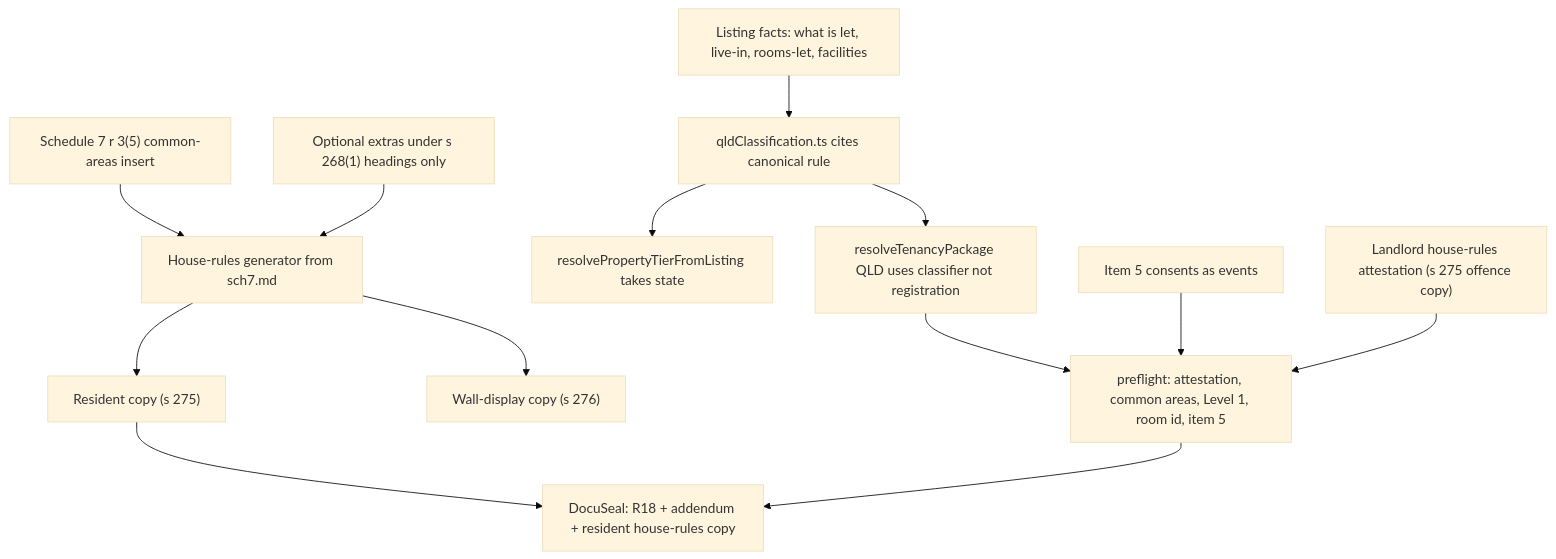
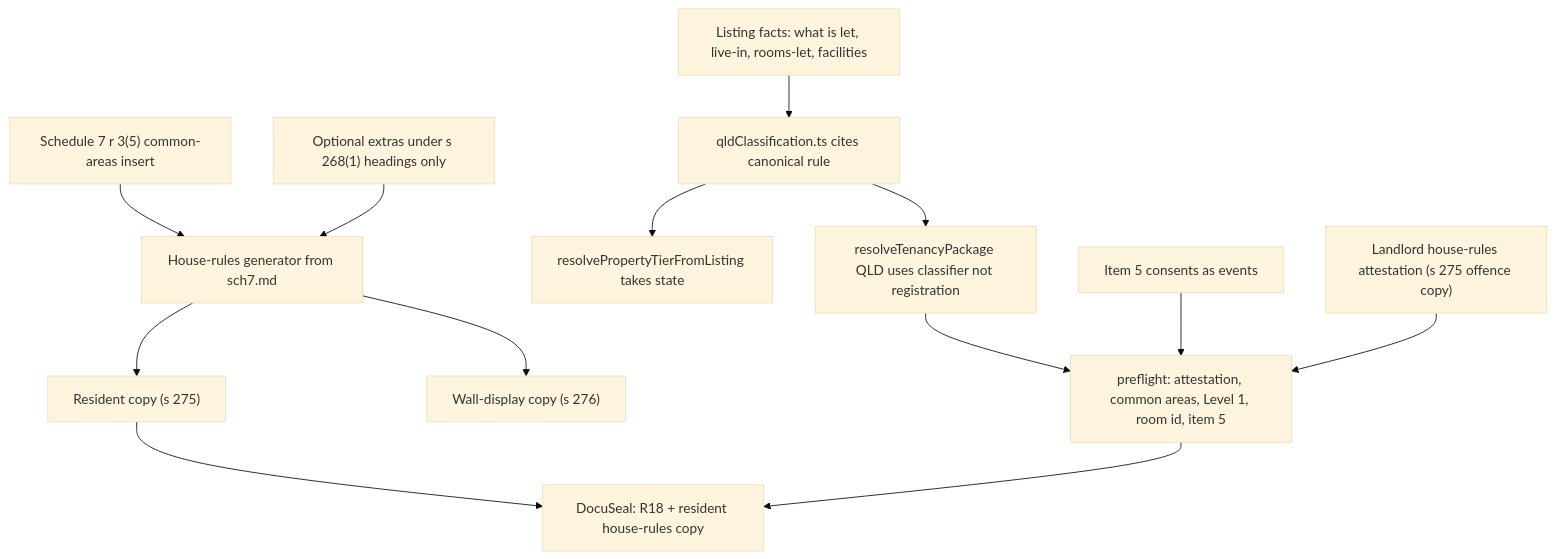
One commit to robertsalta-wq/quni-living changed the diagram in docs/qld-rooming-ungate-plan.md. Above: the diagram before and after it, drawn with Mermaid (base theme). The commit also changed other lines of this file and 60 other files, not shown here.

````diff
--- a/docs/qld-rooming-ungate-plan.md
+++ b/docs/qld-rooming-ungate-plan.md
@@ -85,28 +84,28 @@
 ```mermaid
 flowchart TD
   listingFacts["Listing facts: what is let, live-in, rooms-let, facilities"]
   item5["Item 5 consents as events"]
   classifier["qldClassification.ts cites canonical rule"]
   tierFn["resolvePropertyTierFromListing takes state"]
   router["resolveTenancyPackage QLD uses classifier not registration"]
   attest["Landlord house-rules attestation (s 275 offence copy)"]
   commonAreas["Schedule 7 r 3(5) common-areas insert"]
   providerRules["Optional extras under s 268(1) headings only"]
   rulesGen["House-rules generator from sch7.md"]
   residentCopy["Resident copy (s 275)"]
   wallCopy["Wall-display copy (s 276)"]
   preflight["preflight: attestation, common areas, Level 1, room id, item 5"]
-  package["DocuSeal: R18 + addendum + resident house-rules copy"]
+  package["DocuSeal: R18 + resident house-rules copy"]
   listingFacts --> classifier
   classifier --> tierFn
   classifier --> router
   router --> preflight
   item5 --> preflight
   attest --> preflight
   commonAreas --> rulesGen
   providerRules --> rulesGen
   rulesGen --> residentCopy
   rulesGen --> wallCopy
   residentCopy --> package
   preflight --> package
 ```
````
